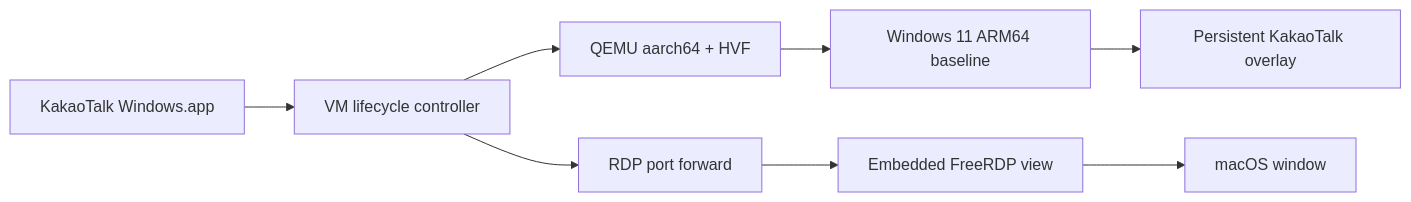
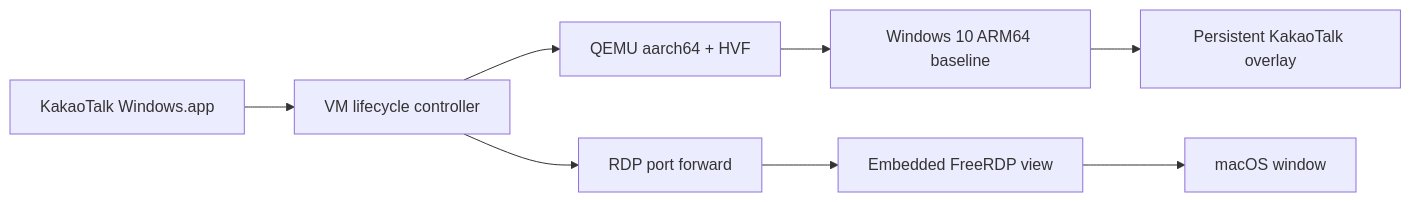
The diagram in docs/ARCHITECTURE.md (hoyaaaa/mockatalk-macos), drawn with Mermaid before and after one commit. The commit also changed other lines of this file and 7 other files, not shown here.

````diff
--- a/docs/ARCHITECTURE.md
+++ b/docs/ARCHITECTURE.md
@@ -5,10 +5,10 @@
 ```mermaid
 flowchart LR
   A["KakaoTalk Windows.app"] --> B["VM lifecycle controller"]
   B --> C["QEMU aarch64 + HVF"]
-  C --> D["Windows 11 ARM64 baseline"]
+  C --> D["Windows 10 ARM64 baseline"]
   D --> E["Persistent KakaoTalk overlay"]
   B --> F["RDP port forward"]
   F --> G["Embedded FreeRDP view"]
   G --> H["macOS window"]
 ```
````
